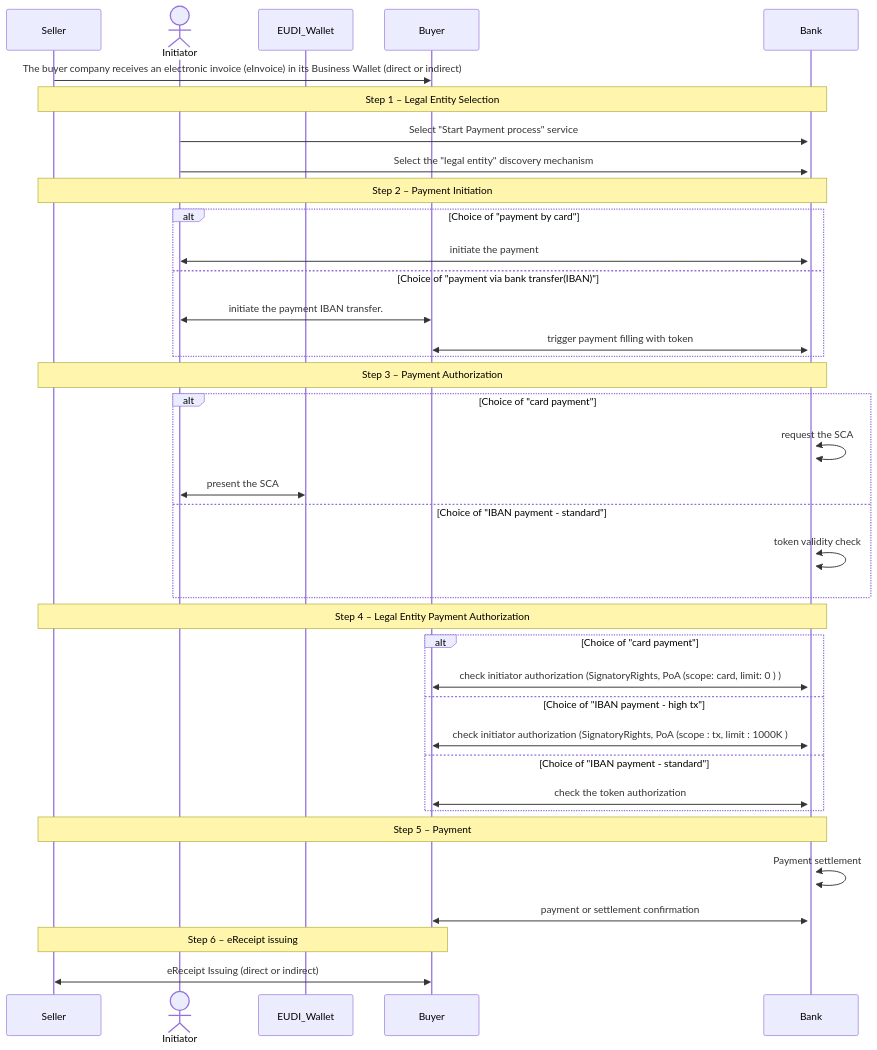
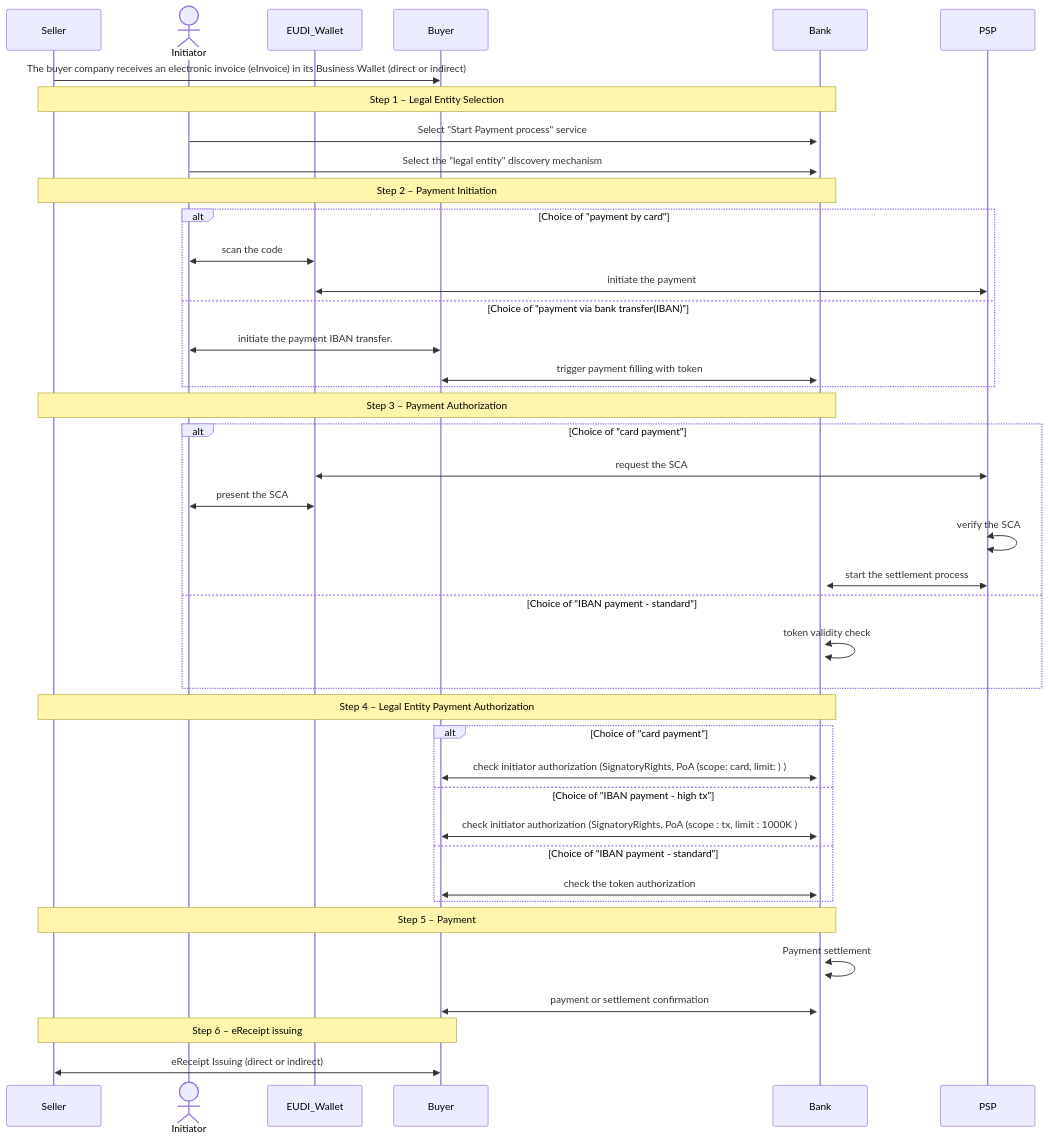
The third of 3 diagrams in PA4/README_MVP.md (flo0x/wp3-technology-standards), drawn with Mermaid before and after one commit. The commit also changed other lines of this file, not shown here.

Commit message:
PA4 changes (PSP inclusion)

````diff
--- a/PA4/README_MVP.md
+++ b/PA4/README_MVP.md
@@ -85,63 +85,67 @@
 ```mermaid
 sequenceDiagram
 participant Seller as Seller
 actor Initiator
 participant EUDI_Wallet  as EUDI_Wallet
 participant Buyer  as Buyer
 participant Bank as Bank
+participant PSP  as PSP
 
     Seller ->> Buyer : The buyer company receives an electronic invoice (eInvoice) in its Business Wallet (direct or indirect)
     %% ──────────────────────────────────────────────
     %% STEP 1 – Legal Entity Selection
     %% ──────────────────────────────────────────────
     note over Seller, Bank  : Step 1  – Legal Entity Selection
     Initiator ->>+ Bank : Select "Start Payment process" service
     Initiator ->>+ Bank : Select the "legal entity" discovery mechanism 
  
     %% ──────────────────────────────────────────────
     %% STEP 2 – Payment Initiation 
     %% ──────────────────────────────────────────────
     note over Seller, Bank  : Step 2  – Payment Initiation
     alt Choice of "payment by card"
-        Initiator <<->> Bank : initiate the payment 
+        Initiator <<->> EUDI_Wallet : scan the code 
+        EUDI_Wallet <<->> PSP: initiate the payment 
     else Choice of "payment via bank transfer(IBAN)"
         Initiator <<->> Buyer : initiate the payment IBAN transfer.
         Buyer <<->> Bank : trigger payment filling with token 
     end
     
     %% ──────────────────────────────────────────────
     %% STEP 3 – Payment Authorization  
     %% ──────────────────────────────────────────────
     note over Seller, Bank  : Step 3 – Payment Authorization
     alt Choice of "card payment"
-        Bank <<->> Bank: request the SCA
+        PSP <<->> EUDI_Wallet: request the SCA
         Initiator <<->> EUDI_Wallet : present the SCA
+        PSP <<->> PSP : verify the SCA 
+        PSP <<->> Bank : start the settlement process 
     else Choice of "IBAN payment - standard"
         Bank <<->> Bank  : token validity check    
     end
 
     %% ──────────────────────────────────────────────
     %% STEP 4 –  Legal Entity - Payment Authorization 
     %% ──────────────────────────────────────────────
     note over Seller, Bank  : Step 4 – Legal Entity Payment Authorization
     alt Choice of "card payment"
-        Bank <<->> Buyer : check initiator authorization (SignatoryRights, PoA (scope: card, limit: 0 ) )   
+        Bank <<->> Buyer : check initiator authorization (SignatoryRights, PoA (scope: card, limit:  ) )   
     else Choice of "IBAN payment - high tx"
         Bank <<->> Buyer : check initiator authorization (SignatoryRights, PoA (scope : tx, limit : 1000K  )
     else Choice of "IBAN payment - standard"
         Bank <<->> Buyer : check the token authorization
     end
 
     %% ──────────────────────────────────────────────
     %% STEP 5 – Payment Settlement  
     %% ──────────────────────────────────────────────
     note over Seller, Bank  : Step 5 – Payment 
     Bank <<->> Bank : Payment settlement  
     Bank <<->> Buyer: payment or settlement confirmation  
 
     %% ──────────────────────────────────────────────
     %% STEP 6 – eReceipt
     %% ──────────────────────────────────────────────
     note over Seller, Buyer  : Step 6 – eReceipt issuing 
     Buyer <<->> Seller : eReceipt Issuing (direct or indirect)   
 ```
````
